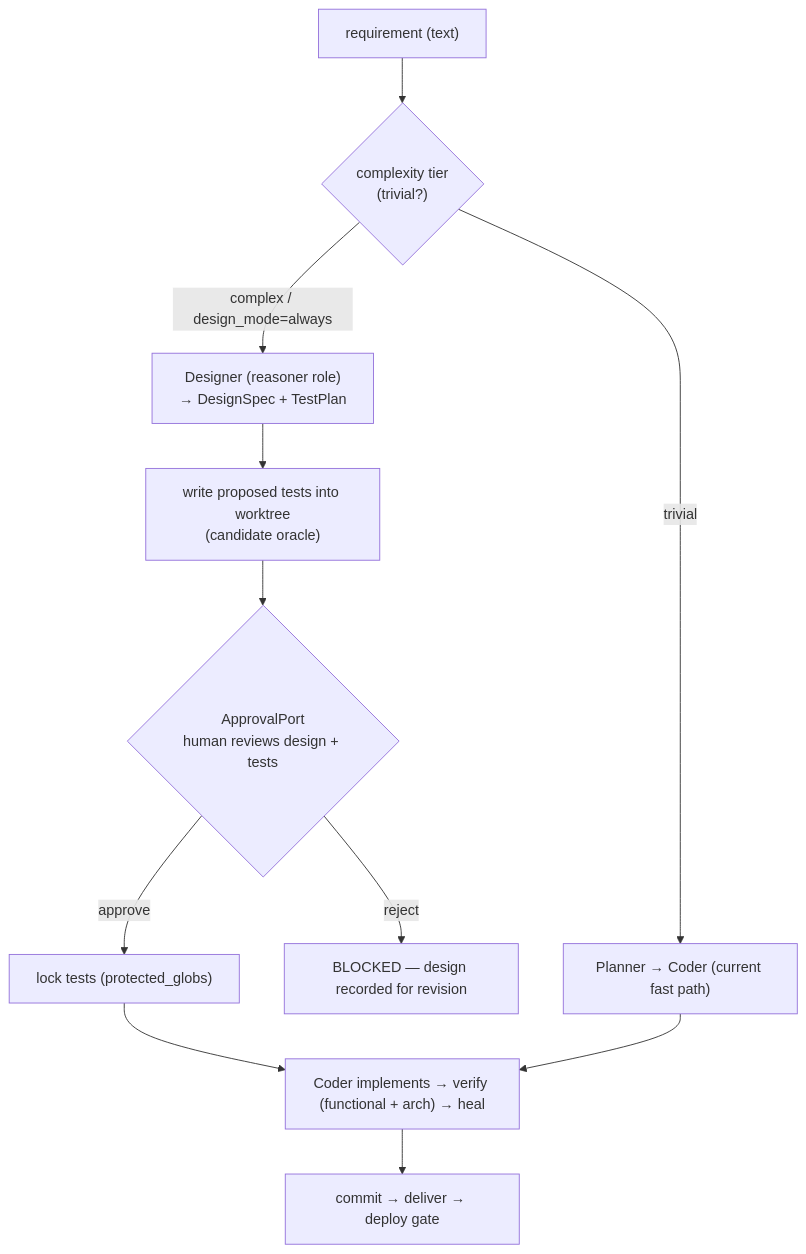
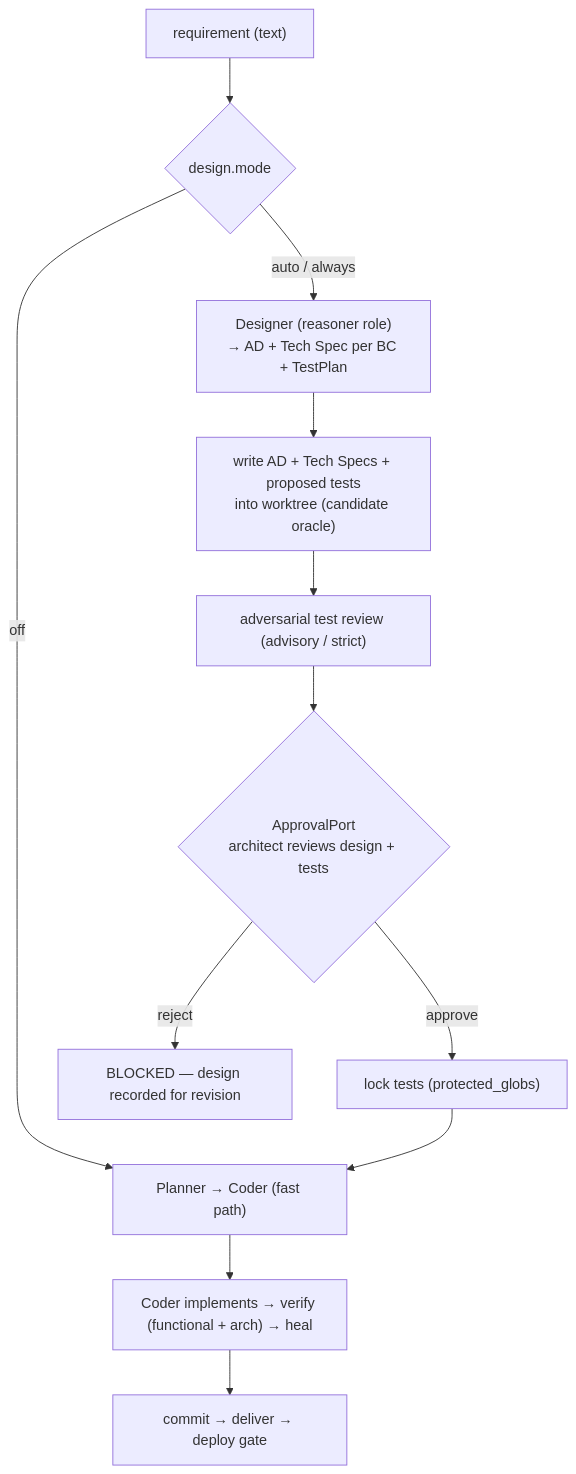
Before and after one commit to pmsbkhn/ai-coder-agent: the first of 2 diagrams in docs/architecture/07-design-first-proposal.md, drawn with Mermaid. The commit also changed other lines of this file and 5 other files, not shown here.

````diff
--- a/docs/architecture/07-design-first-proposal.md
+++ b/docs/architecture/07-design-first-proposal.md
@@ -49,13 +53,14 @@
 ```mermaid
 flowchart TD
-    req["requirement (text)"] --> tier{"complexity tier<br/>(trivial?)"}
-    tier -->|trivial| plan["Planner → Coder (current fast path)"]
-    tier -->|complex / design_mode=always| des["Designer (reasoner role)<br/>→ DesignSpec + TestPlan"]
-    des --> writet["write proposed tests into worktree<br/>(candidate oracle)"]
-    writet --> gate{"ApprovalPort<br/>human reviews design + tests"}
+    req["requirement (text)"] --> mode{"design.mode"}
+    mode -->|off| plan["Planner → Coder (fast path)"]
+    mode -->|auto / always| des["Designer (reasoner role)<br/>→ AD + Tech Spec per BC + TestPlan"]
+    des --> writet["write AD + Tech Specs + proposed tests<br/>into worktree (candidate oracle)"]
+    writet --> review["adversarial test review (advisory / strict)"]
+    review --> gate{"ApprovalPort<br/>architect reviews design + tests"}
     gate -->|reject| blocked["BLOCKED — design recorded for revision"]
     gate -->|approve| lock["lock tests (protected_globs)"]
-    lock --> code["Coder implements → verify (functional + arch) → heal"]
-    plan --> code
+    lock --> plan
+    plan --> code["Coder implements → verify (functional + arch) → heal"]
     code --> done["commit → deliver → deploy gate"]
 ```
````
